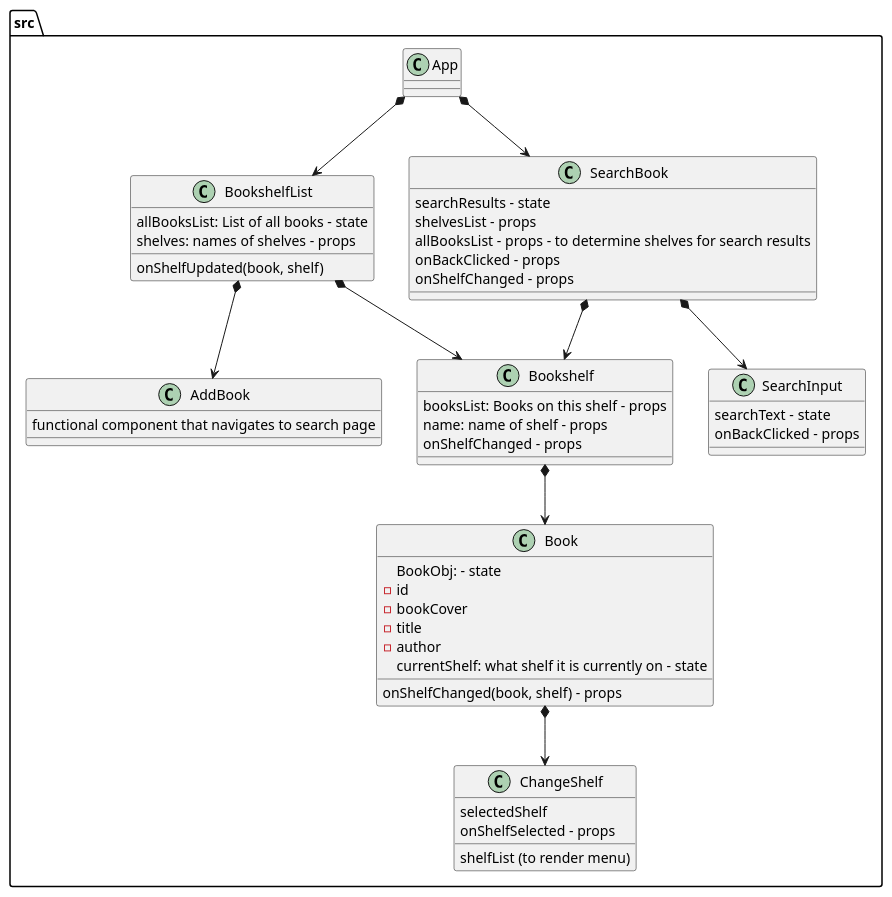
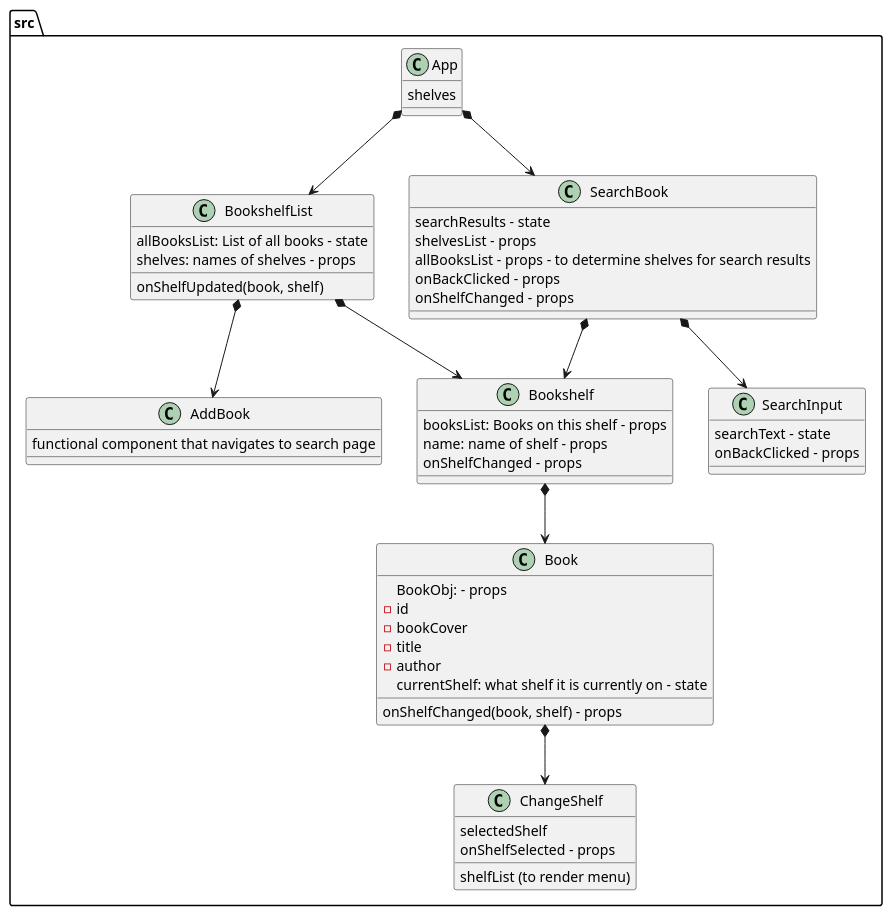
Before and after one commit to katsa9/MyReads: the diagram in SolutionDesign/SolutionDesign.wsd, drawn with PlantUML. The commit also changed 1 other file, not shown here.

```diff
--- a/SolutionDesign/SolutionDesign.wsd
+++ b/SolutionDesign/SolutionDesign.wsd
@@ -1,58 +1,58 @@
 @startuml myReads-solution-design
 
 package src {
   class App{
-    
+    shelves
   }
   class BookshelfList{
     allBooksList: List of all books - state
     onShelfUpdated(book, shelf)
     shelves: names of shelves - props
   }
   class Bookshelf{
     booksList: Books on this shelf - props
     name: name of shelf - props
     onShelfChanged - props
   }
   
   class Book{
-    BookObj: - state
+    BookObj: - props
           -id
           -bookCover
           -title
           -author
     currentShelf: what shelf it is currently on - state
     onShelfChanged(book, shelf) - props
   }
   class ChangeShelf{
     shelfList (to render menu)
     selectedShelf
     onShelfSelected - props
   }
   class AddBook{
     functional component that navigates to search page
   }
   class SearchBook{
     searchResults - state
     shelvesList - props
     allBooksList - props - to determine shelves for search results
     onBackClicked - props
     onShelfChanged - props
   }
   class SearchInput{
     searchText - state
     onBackClicked - props
   }
 }
 
 App *--> BookshelfList
 App *--> SearchBook
 BookshelfList*--> Bookshelf
 Bookshelf *--> Book
 BookshelfList *--> AddBook
 Book *--> ChangeShelf
 SearchBook *--> SearchInput
 SearchBook *--> Bookshelf
 
 
 @enduml
```
